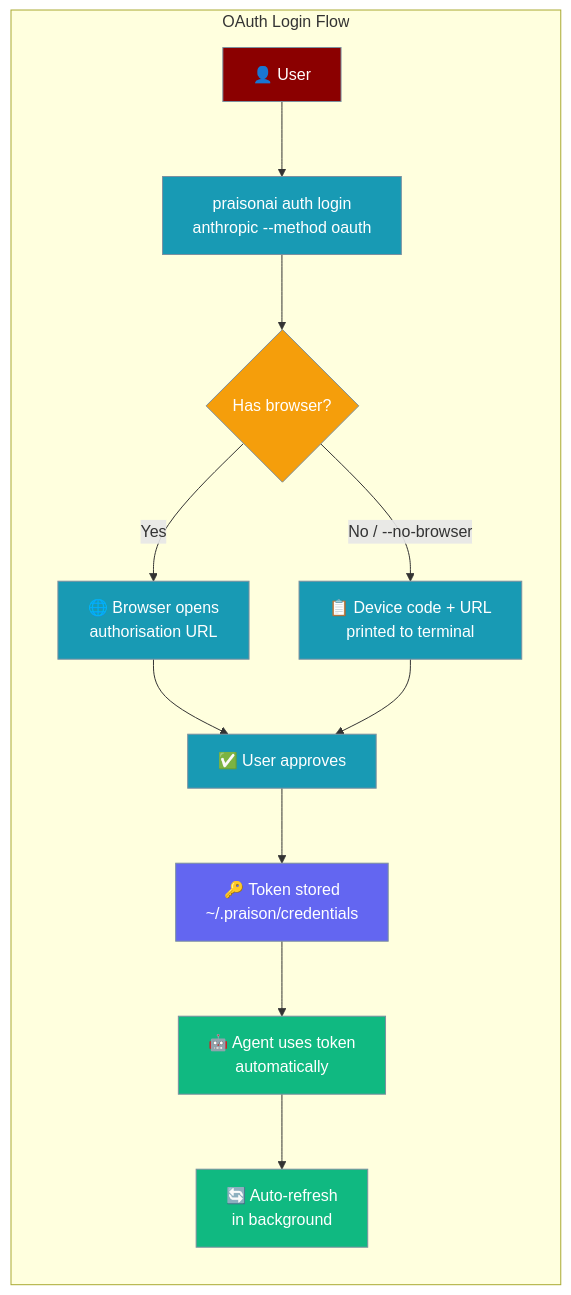
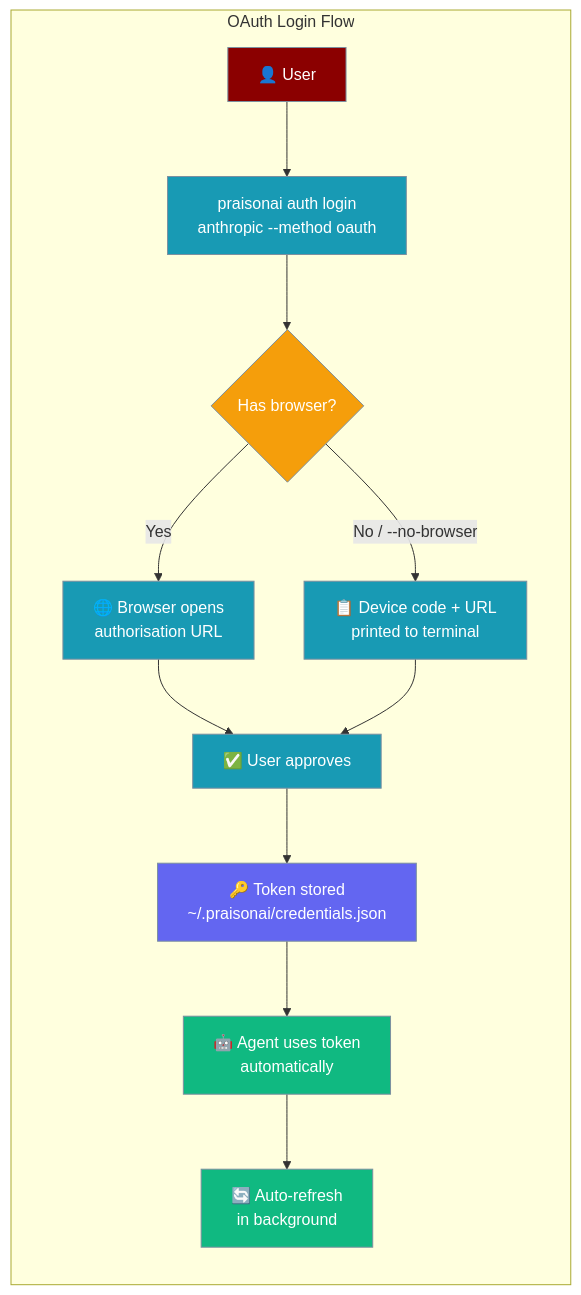
Before and after one commit to MervinPraison/PraisonAIDocs: the first of 2 diagrams in docs/features/cli-oauth-login.mdx, drawn with Mermaid. The commit also changed other lines of this file and 3 other files, not shown here.

Commit message:
docs: update credential store to canonical ~/.praisonai/credentials.json (fixes #1660)

````diff
--- a/docs/features/cli-oauth-login.mdx
+++ b/docs/features/cli-oauth-login.mdx
@@ -24,26 +24,26 @@
 ```mermaid
 graph LR
     subgraph "OAuth Login Flow"
         U[👤 User] --> L[praisonai auth login\nanthropic --method oauth]
         L --> DC{Has browser?}
         DC -->|Yes| BR[🌐 Browser opens\nauthorisation URL]
         DC -->|No / --no-browser| VC[📋 Device code + URL\nprinted to terminal]
         BR --> AP[✅ User approves]
         VC --> AP
-        AP --> TK[🔑 Token stored\n~/.praison/credentials]
+        AP --> TK[🔑 Token stored\n~/.praisonai/credentials.json]
         TK --> AG[🤖 Agent uses token\nautomatically]
         AG --> RF[🔄 Auto-refresh\nin background]
     end
 
     classDef user fill:#8B0000,stroke:#7C90A0,color:#fff
     classDef cmd fill:#189AB4,stroke:#7C90A0,color:#fff
     classDef decision fill:#F59E0B,stroke:#7C90A0,color:#fff
     classDef success fill:#10B981,stroke:#7C90A0,color:#fff
     classDef store fill:#6366F1,stroke:#7C90A0,color:#fff
 
     class U user
     class L,BR,VC,AP cmd
     class DC decision
     class AG,RF success
     class TK store
 ```
````
